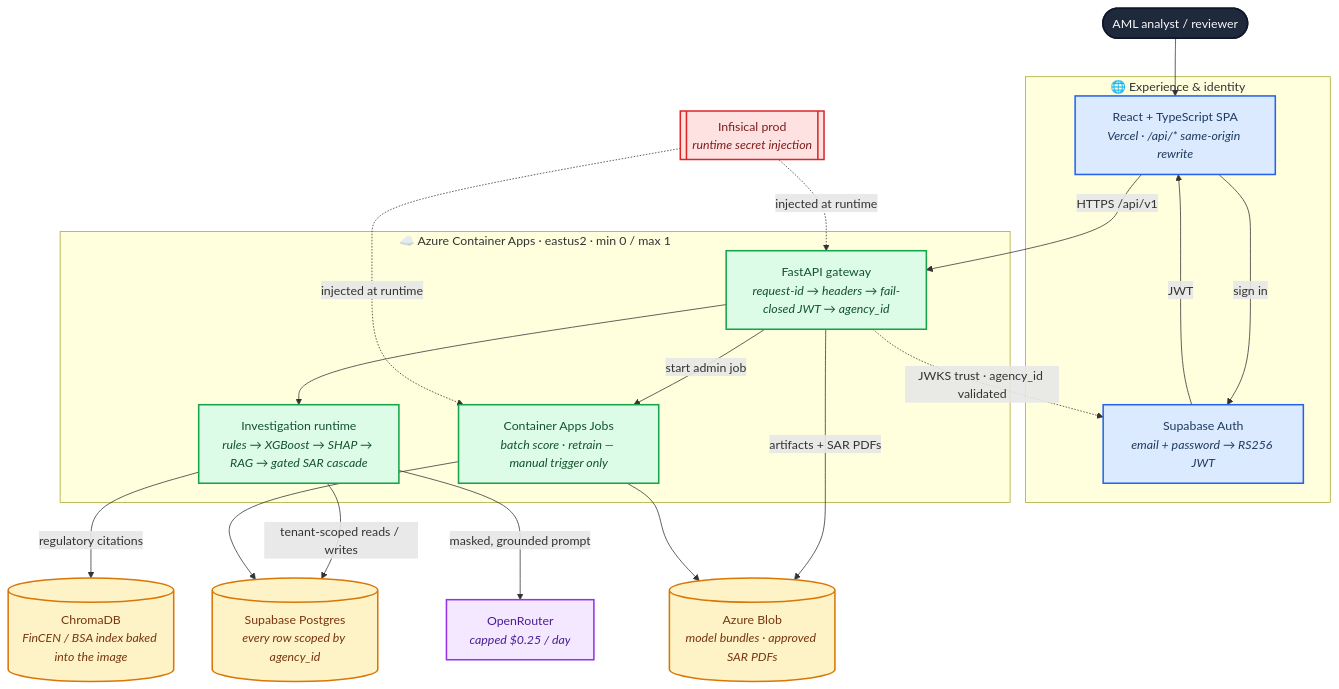
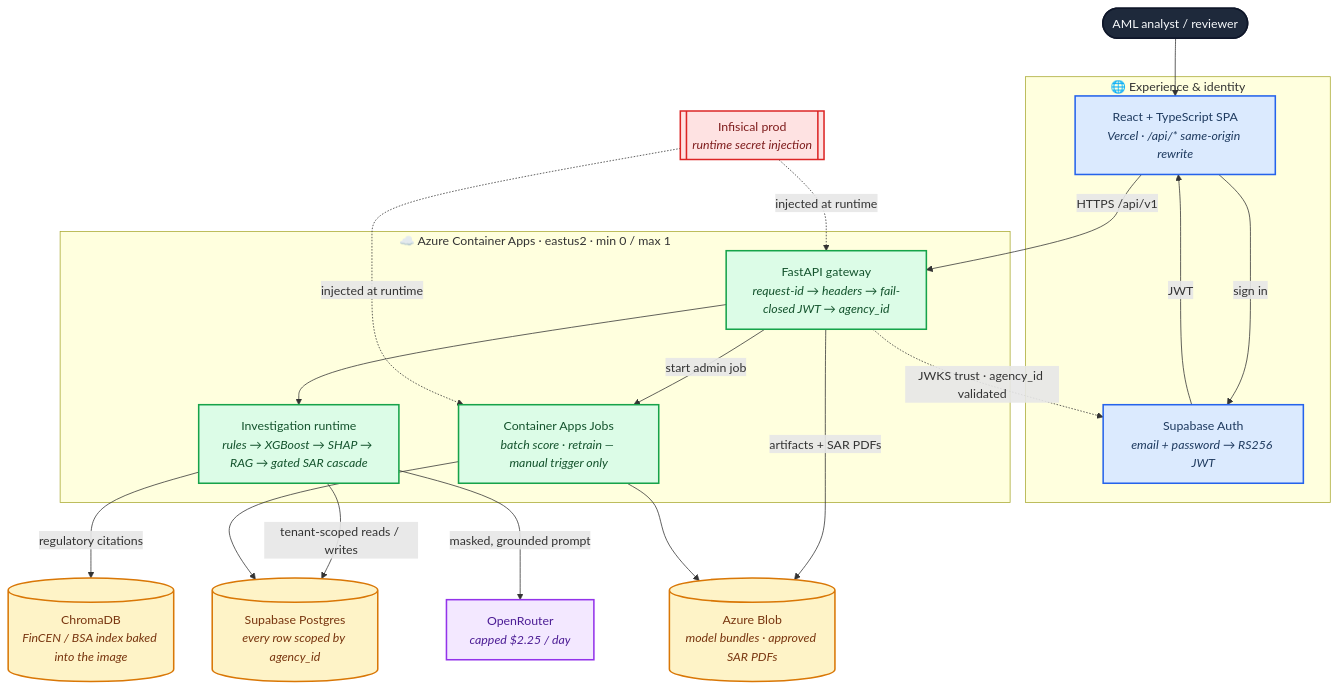
One commit to Kartik-Hirijaganer/FraudLens changed the diagram in docs/handoff/2026-09-18-portfolio-polish-plan.md. Above: the diagram before and after it, drawn with Mermaid. The commit also changed 9 other files, not shown here.

````diff
--- a/docs/handoff/2026-09-18-portfolio-polish-plan.md
+++ b/docs/handoff/2026-09-18-portfolio-polish-plan.md
@@ -289,51 +289,51 @@
 ```mermaid
 flowchart TB
     user(["AML analyst / reviewer"])
 
     subgraph edge["🌐 Experience & identity"]
         spa["React + TypeScript SPA<br/><i>Vercel · /api/* same-origin rewrite</i>"]
         auth["Supabase Auth<br/><i>email + password → RS256 JWT</i>"]
     end
 
     subgraph azure["☁️ Azure Container Apps · eastus2 · min 0 / max 1"]
         gw["FastAPI gateway<br/><i>request-id → headers → fail-closed JWT → agency_id</i>"]
         pipe["Investigation runtime<br/><i>rules → XGBoost → SHAP → RAG → gated SAR cascade</i>"]
         jobs["Container Apps Jobs<br/><i>batch score · retrain — manual trigger only</i>"]
     end
 
     db[("Supabase Postgres<br/><i>every row scoped by agency_id</i>")]
     rag[("ChromaDB<br/><i>FinCEN / BSA index baked into the image</i>")]
     blob[("Azure Blob<br/><i>model bundles · approved SAR PDFs</i>")]
-    llm["OpenRouter<br/><i>capped $0.25 / day</i>"]
+    llm["OpenRouter<br/><i>capped $2.25 / day</i>"]
     vault[["Infisical prod<br/><i>runtime secret injection</i>"]]
 
     user --> spa
     spa -->|"sign in"| auth
     auth -->|"JWT"| spa
     spa -->|"HTTPS /api/v1"| gw
     gw -.->|"JWKS trust · agency_id validated"| auth
     gw --> pipe
     pipe -->|"tenant-scoped reads / writes"| db
     pipe -->|"regulatory citations"| rag
     pipe -->|"masked, grounded prompt"| llm
     gw -->|"artifacts + SAR PDFs"| blob
     gw -->|"start admin job"| jobs
     jobs --> db
     jobs --> blob
     vault -.->|"injected at runtime"| gw
     vault -.->|"injected at runtime"| jobs
 
     classDef person fill:#1e293b,stroke:#0f172a,stroke-width:2px,color:#f8fafc
     classDef web    fill:#dbeafe,stroke:#2563eb,stroke-width:2px,color:#1e3a5f
     classDef compute fill:#dcfce7,stroke:#16a34a,stroke-width:2px,color:#14532d
     classDef store  fill:#fef3c7,stroke:#d97706,stroke-width:2px,color:#78350f
     classDef ext    fill:#f3e8ff,stroke:#9333ea,stroke-width:2px,color:#4c1d95
     classDef secret fill:#fee2e2,stroke:#dc2626,stroke-width:2px,color:#7f1d1d
 
     class user person
     class spa,auth web
     class gw,pipe,jobs compute
     class db,rag,blob store
     class llm ext
     class vault secret
 ```
````
